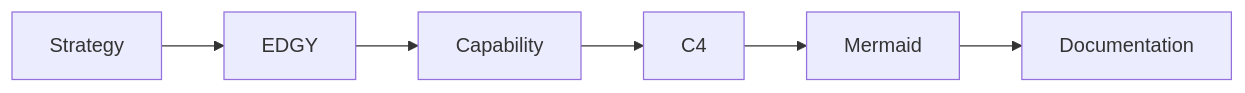
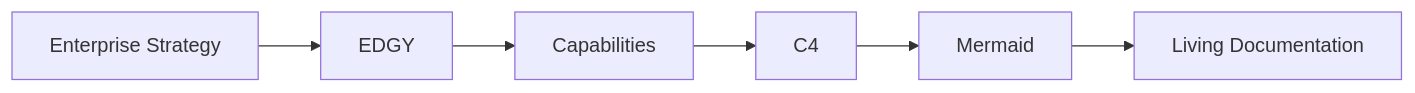
Before and after one commit to Pettersson-dev/Pettersson-dev.github.io: the diagram in _posts/2026-07-08-modelling-language.md, drawn with Mermaid. The commit also changed other lines of this file, not shown here.

````diff
--- a/_posts/2026-07-08-modelling-language.md
+++ b/_posts/2026-07-08-modelling-language.md
@@ -115,8 +85,14 @@
 ```mermaid
 flowchart LR
+    Strategy["Enterprise Strategy"]
+    EDGY["EDGY"]
+    Capability["Capabilities"]
+    C4["C4"]
+    Mermaid["Mermaid"]
+    Documentation["Living Documentation"]
     Strategy --> EDGY
     EDGY --> Capability
     Capability --> C4
     C4 --> Mermaid
     Mermaid --> Documentation
 ```
````
